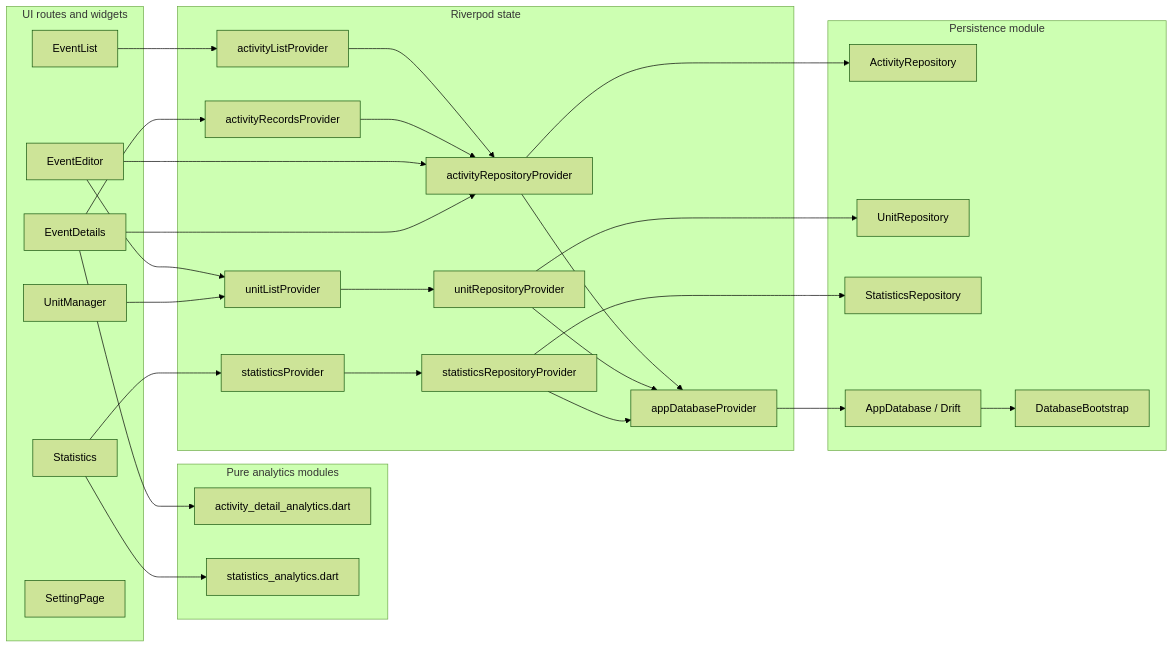
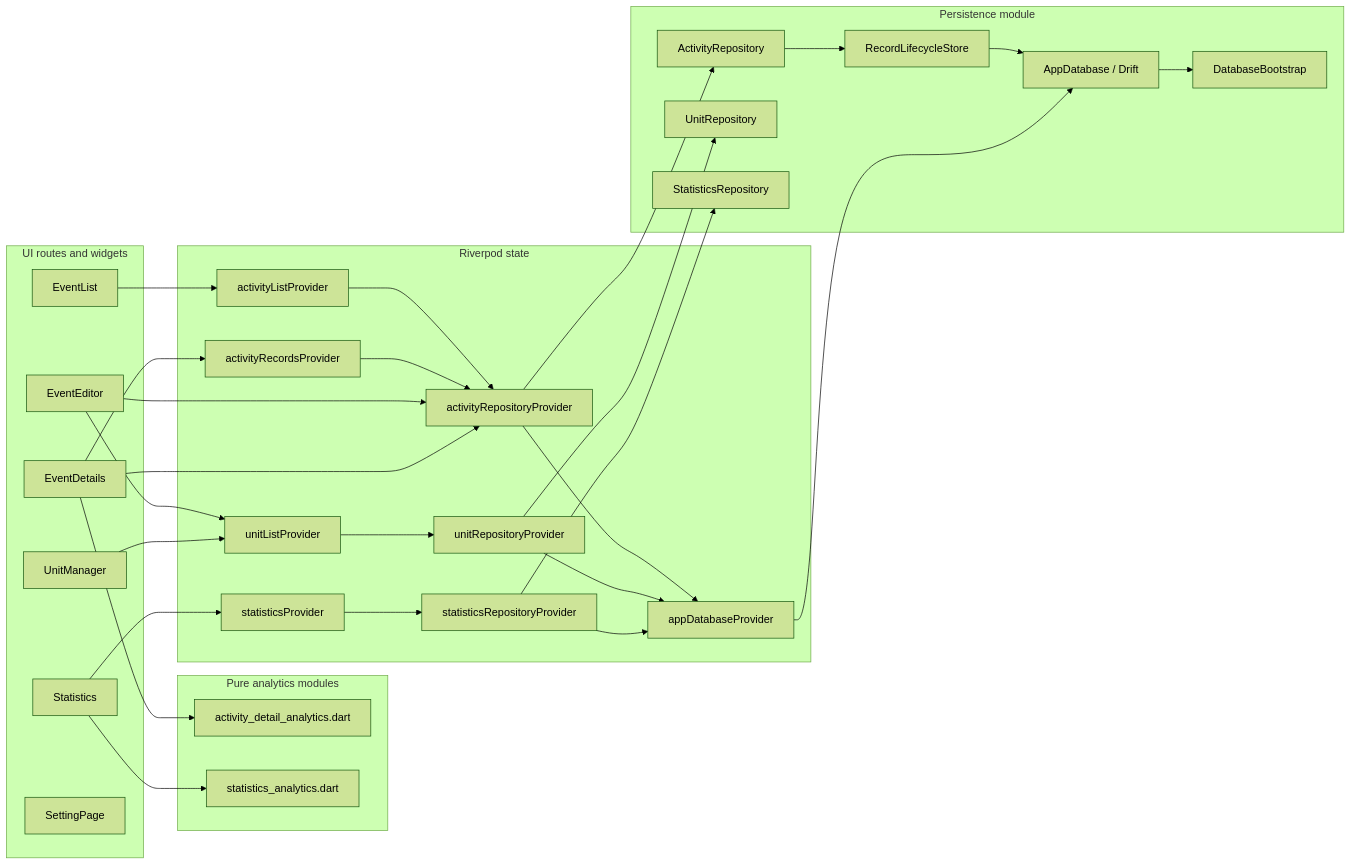
One commit to Guoyuer/eventTracker changed the first of 5 diagrams in docs/architecture/module-flow.md. Above: the diagram before and after it, drawn with Mermaid (forest theme). The commit also changed other lines of this file and 10 other files, not shown here.

Commit message:
Move activity helpers out of app database

````diff
--- a/docs/architecture/module-flow.md
+++ b/docs/architecture/module-flow.md
@@ -7,57 +7,60 @@
 ```mermaid
 flowchart LR
   subgraph UI["UI routes and widgets"]
     EventList["EventList"]
     EventDetails["EventDetails"]
     Statistics["Statistics"]
     EventEditor["EventEditor"]
     UnitManager["UnitManager"]
     Settings["SettingPage"]
   end
 
   subgraph Analytics["Pure analytics modules"]
     ActivityDetailAnalytics["activity_detail_analytics.dart"]
     StatisticsAnalytics["statistics_analytics.dart"]
   end
 
   subgraph State["Riverpod state"]
     AppDatabaseProvider["appDatabaseProvider"]
     ActivityRepositoryProvider["activityRepositoryProvider"]
     UnitRepositoryProvider["unitRepositoryProvider"]
     StatisticsRepositoryProvider["statisticsRepositoryProvider"]
     ActivityListProvider["activityListProvider"]
     ActivityRecordsProvider["activityRecordsProvider"]
     UnitListProvider["unitListProvider"]
     StatisticsProvider["statisticsProvider"]
   end
 
   subgraph Persistence["Persistence module"]
     DatabaseBootstrap["DatabaseBootstrap"]
     ActivityRepository["ActivityRepository"]
+    RecordLifecycleStore["RecordLifecycleStore"]
     UnitRepository["UnitRepository"]
     StatisticsRepository["StatisticsRepository"]
     AppDatabase["AppDatabase / Drift"]
   end
 
   EventList --> ActivityListProvider
   ActivityListProvider --> ActivityRepositoryProvider
   EventDetails --> ActivityRecordsProvider
   ActivityRecordsProvider --> ActivityRepositoryProvider
   EventEditor --> UnitListProvider
   UnitManager --> UnitListProvider
   UnitListProvider --> UnitRepositoryProvider
   Statistics --> StatisticsProvider
   StatisticsProvider --> StatisticsRepositoryProvider
   EventEditor --> ActivityRepositoryProvider
   EventDetails --> ActivityDetailAnalytics
   EventDetails --> ActivityRepositoryProvider
   Statistics --> StatisticsAnalytics
   ActivityRepositoryProvider --> ActivityRepository
+  ActivityRepository --> RecordLifecycleStore
+  RecordLifecycleStore --> AppDatabase
   UnitRepositoryProvider --> UnitRepository
   StatisticsRepositoryProvider --> StatisticsRepository
   ActivityRepositoryProvider --> AppDatabaseProvider
   UnitRepositoryProvider --> AppDatabaseProvider
   StatisticsRepositoryProvider --> AppDatabaseProvider
   AppDatabaseProvider --> AppDatabase
   AppDatabase --> DatabaseBootstrap
 ```
````
